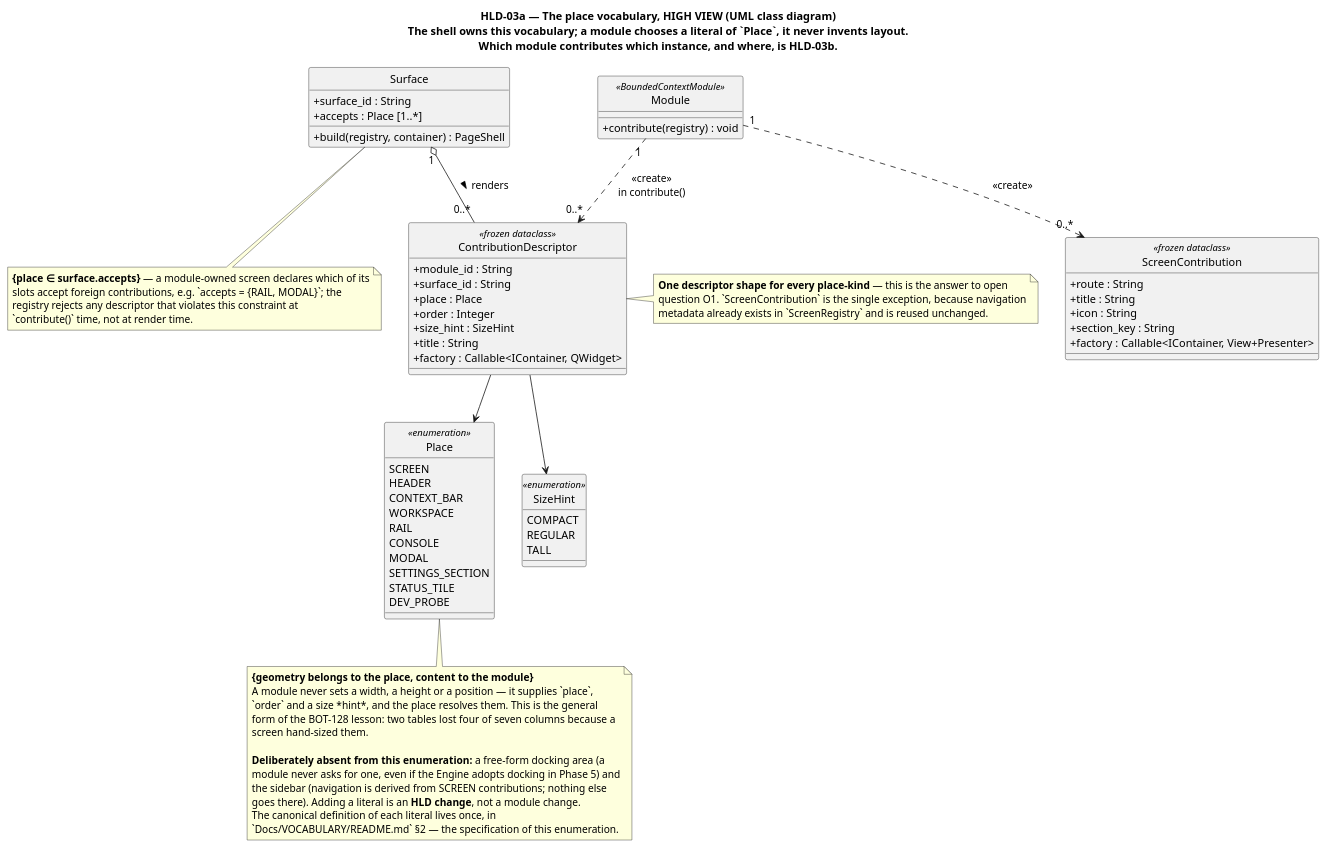
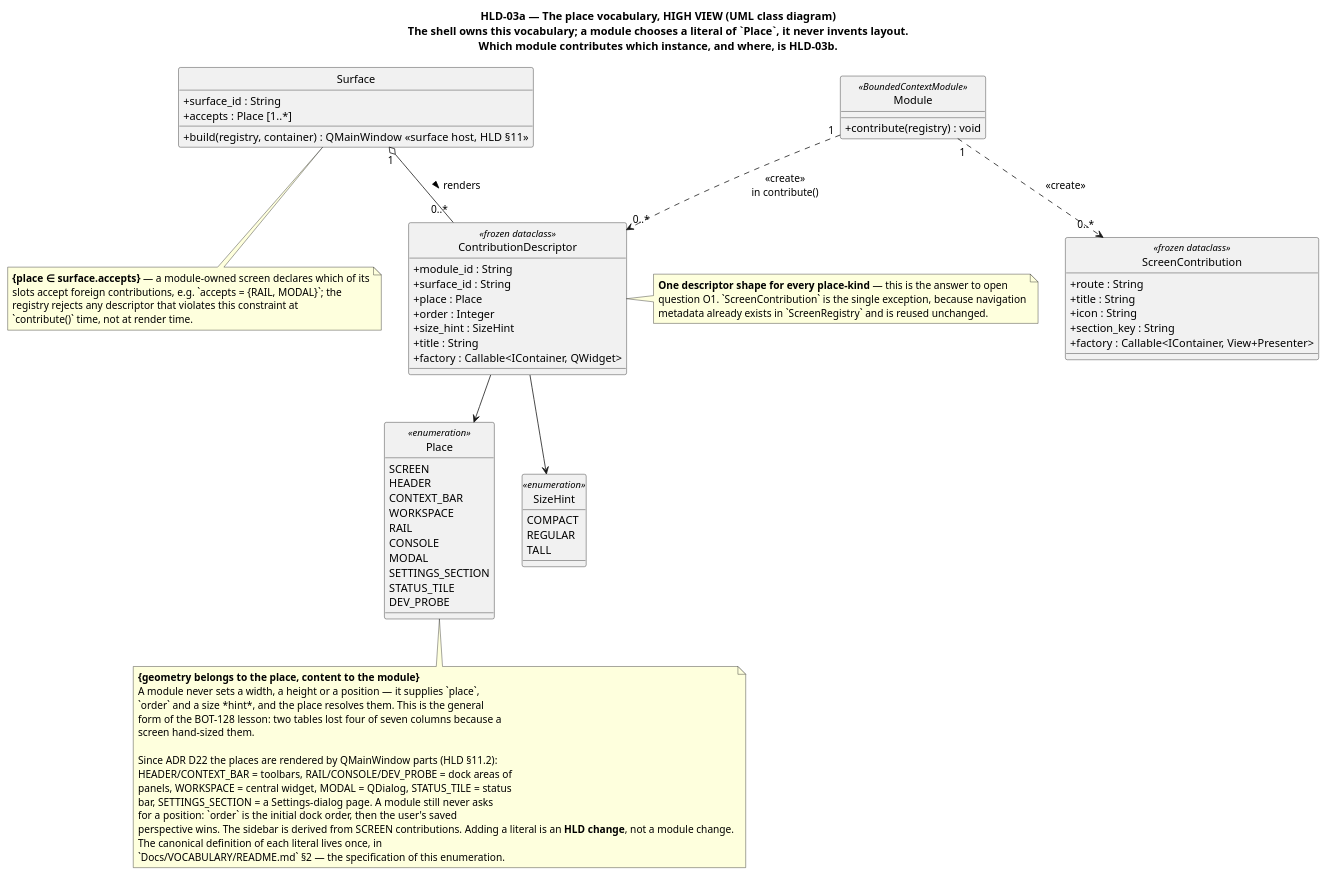
One commit to anhembedded/Sagittarius_Elite_Warrior changed the diagram in Docs/HLD/diagrams/hld-03a_place_vocabulary.puml. Above: the diagram before and after it, drawn with PlantUML. The commit also changed 23 other files, not shown here.

First line of the commit message:
Docs: ADR D20–D22 — QtWidgets only, the OS theme, panels and dialogs instead of cards; HLD §11

```diff
--- a/Docs/HLD/diagrams/hld-03a_place_vocabulary.puml
+++ b/Docs/HLD/diagrams/hld-03a_place_vocabulary.puml
@@ -1,86 +1,88 @@
 @startuml hld-03a_place_vocabulary
 title HLD-03a — The place vocabulary, HIGH VIEW (UML **class diagram**)\nThe shell owns this vocabulary; a module chooses a literal of `Place`, it never invents layout.\nWhich module contributes which instance, and where, is HLD-03b.
 skinparam classAttributeIconSize 0
 hide circle
 
 enum Place <<enumeration>> {
   SCREEN
   HEADER
   CONTEXT_BAR
   WORKSPACE
   RAIL
   CONSOLE
   MODAL
   SETTINGS_SECTION
   STATUS_TILE
   DEV_PROBE
 }
 
 enum SizeHint <<enumeration>> {
   COMPACT
   REGULAR
   TALL
 }
 
 class ContributionDescriptor <<frozen dataclass>> {
   +module_id : String
   +surface_id : String
   +place : Place
   +order : Integer
   +size_hint : SizeHint
   +title : String
   +factory : Callable<IContainer, QWidget>
 }
 
 class ScreenContribution <<frozen dataclass>> {
   +route : String
   +title : String
   +icon : String
   +section_key : String
   +factory : Callable<IContainer, View+Presenter>
 }
 
 class Surface {
   +surface_id : String
   +accepts : Place [1..*]
-  +build(registry, container) : PageShell
+  +build(registry, container) : QMainWindow  <<surface host, HLD §11>>
 }
 
 class Module <<BoundedContextModule>> {
   +contribute(registry) : void
 }
 
 ContributionDescriptor --> Place
 ContributionDescriptor --> SizeHint
 Surface "1" o-- "0..*" ContributionDescriptor : renders >
 Module "1" ..> "0..*" ContributionDescriptor : <<create>>\nin contribute()
 Module "1" ..> "0..*" ScreenContribution : <<create>>
 
 note right of ContributionDescriptor
   **One descriptor shape for every place-kind** — this is the answer to open
   question O1. `ScreenContribution` is the single exception, because navigation
   metadata already exists in `ScreenRegistry` and is reused unchanged.
 end note
 
 note bottom of Place
   **{geometry belongs to the place, content to the module}**
   A module never sets a width, a height or a position — it supplies `place`,
   `order` and a size *hint*, and the place resolves them. This is the general
   form of the BOT-128 lesson: two tables lost four of seven columns because a
   screen hand-sized them.
 
-  **Deliberately absent from this enumeration:** a free-form docking area (a
-  module never asks for one, even if the Engine adopts docking in Phase 5) and
-  the sidebar (navigation is derived from SCREEN contributions; nothing else
-  goes there). Adding a literal is an **HLD change**, not a module change.
+  Since ADR D22 the places are rendered by QMainWindow parts (HLD §11.2):
+  HEADER/CONTEXT_BAR = toolbars, RAIL/CONSOLE/DEV_PROBE = dock areas of
+  panels, WORKSPACE = central widget, MODAL = QDialog, STATUS_TILE = status
+  bar, SETTINGS_SECTION = a Settings-dialog page. A module still never asks
+  for a position: `order` is the initial dock order, then the user's saved
+  perspective wins. The sidebar is derived from SCREEN contributions. Adding a literal is an **HLD change**, not a module change.
   The canonical definition of each literal lives once, in
   `Docs/VOCABULARY/README.md` §2 — the specification of this enumeration.
 end note
 
 note bottom of Surface
   **{place ∈ surface.accepts}** — a module-owned screen declares which of its
   slots accept foreign contributions, e.g. `accepts = {RAIL, MODAL}`; the
   registry rejects any descriptor that violates this constraint at
   `contribute()` time, not at render time.
 end note
 @enduml
```
